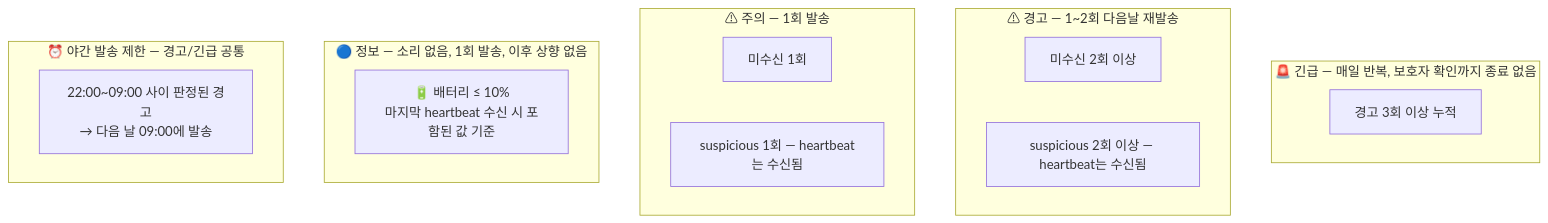
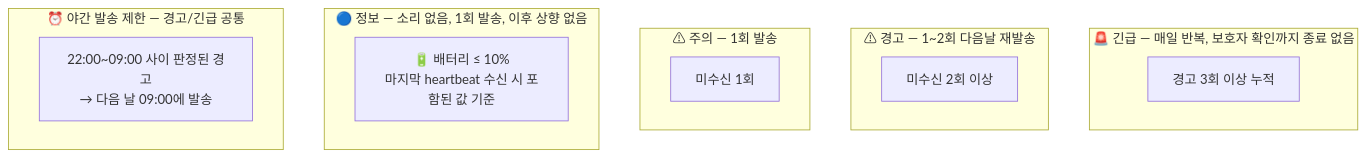
Before and after one commit to l10s18bok/anbucheck-server: the fifth of 6 diagrams in .ref/heartbeat_flowchart.md, drawn with Mermaid. The commit also changed other lines of this file and 1 other file, not shown here.

````diff
--- a/.ref/heartbeat_flowchart.md
+++ b/.ref/heartbeat_flowchart.md
@@ -172,24 +174,22 @@
 ```mermaid
 flowchart TD
     subgraph 긴급등급[🚨 긴급 — 매일 반복, 보호자 확인까지 종료 없음]
         U1[경고 3회 이상 누적]
     end
 
     subgraph 경고등급[⚠ 경고 — 1~2회 다음날 재발송]
         W1[미수신 2회 이상]
-        W2[suspicious 2회 이상 — heartbeat는 수신됨]
     end
 
     subgraph 주의등급[⚠ 주의 — 1회 발송]
         C1[미수신 1회]
-        C2[suspicious 1회 — heartbeat는 수신됨]
     end
 
     subgraph 정보등급[🔵 정보 — 소리 없음, 1회 발송, 이후 상향 없음]
         I1[🔋 배터리 ≤ 10%<br/>마지막 heartbeat 수신 시 포함된 값 기준]
     end
 
     subgraph 야간발송제한[⏰ 야간 발송 제한 — 경고/긴급 공통]
         N1[22:00~09:00 사이 판정된 경고<br/>→ 다음 날 09:00에 발송]
     end
 ```
````
